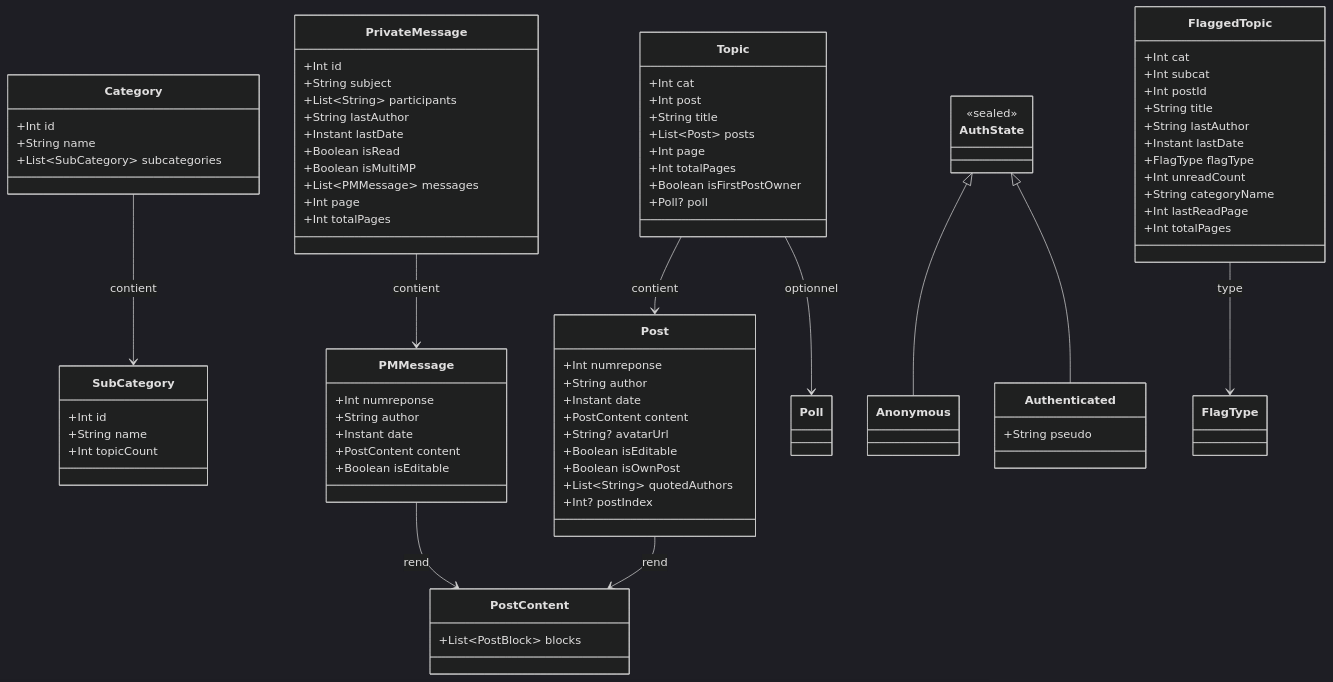
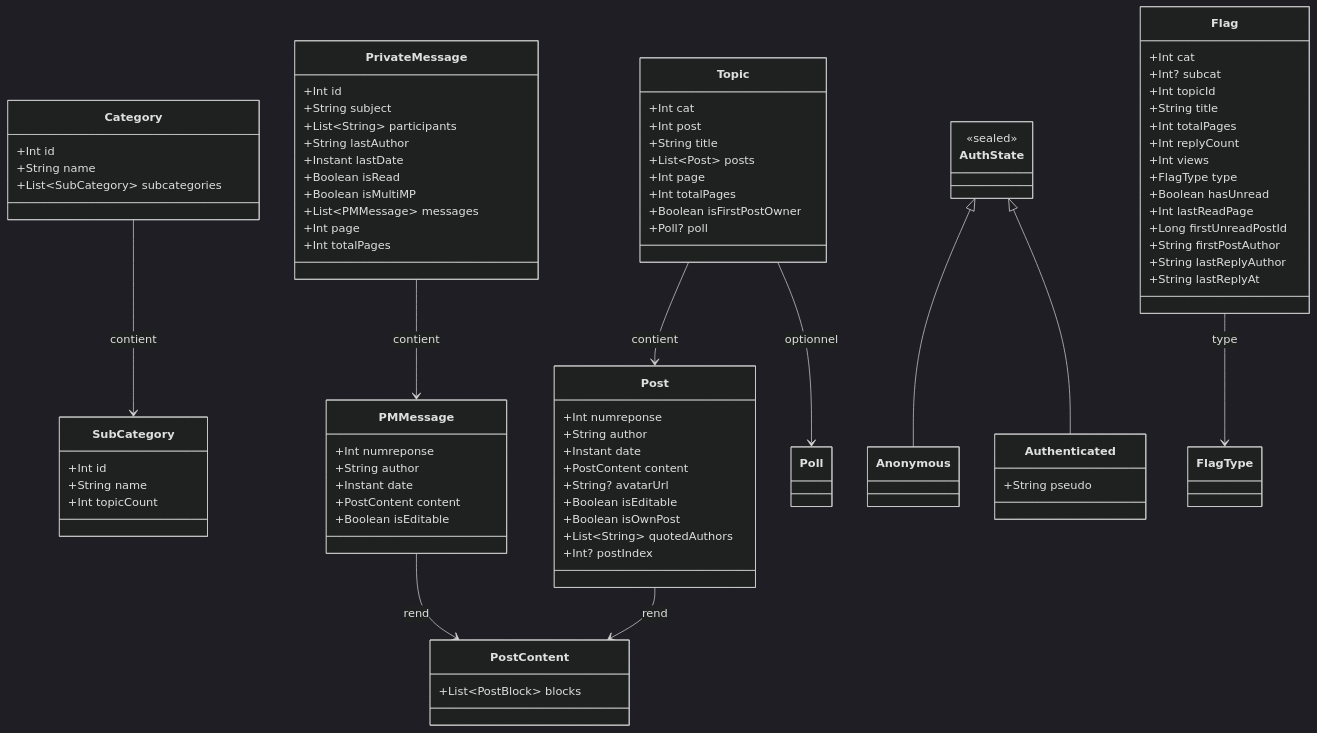
The diagram in docs/specs/models.md (ForumHFR/redface2), drawn with Mermaid (dark theme) before and after one commit. The commit also changed other lines of this file and 48 other files, not shown here.

````diff
--- a/docs/specs/models.md
+++ b/docs/specs/models.md
@@ -31,17 +31,20 @@
 ```mermaid
 classDiagram
-    class FlaggedTopic {
+    class Flag {
         +Int cat
-        +Int subcat
-        +Int postId
+        +Int? subcat
+        +Int topicId
         +String title
-        +String lastAuthor
-        +Instant lastDate
-        +FlagType flagType
-        +Int unreadCount
-        +String categoryName
+        +Int totalPages
+        +Int replyCount
+        +Int views
+        +FlagType type
+        +Boolean hasUnread
         +Int lastReadPage
-        +Int totalPages
+        +Long firstUnreadPostId
+        +String firstPostAuthor
+        +String lastReplyAuthor
+        +String lastReplyAt
     }
 
     class Topic {
@@ -120,7 +123,7 @@
     PMMessage --> PostContent : rend
     Topic --> Poll : optionnel
     Category --> SubCategory : contient
-    FlaggedTopic --> FlagType : type
+    Flag --> FlagType : type
     AuthState <|-- Anonymous
     AuthState <|-- Authenticated
 ```
````
